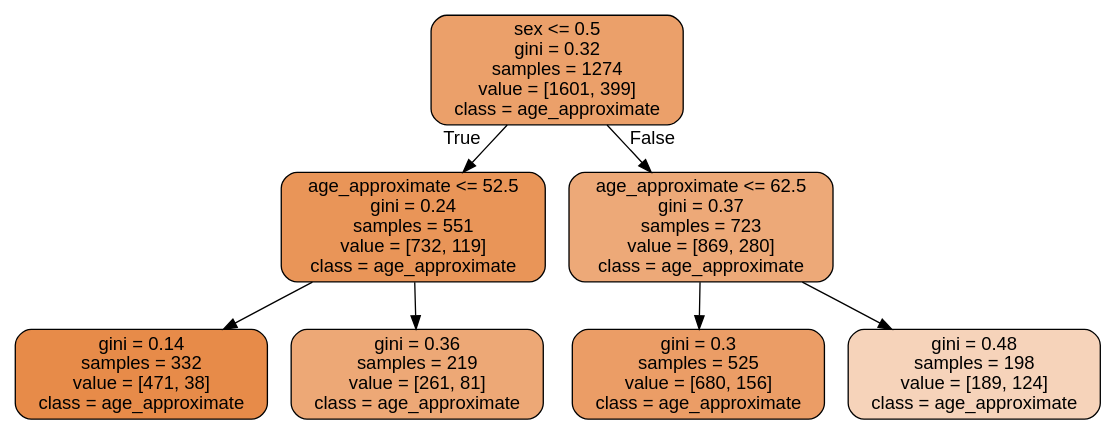
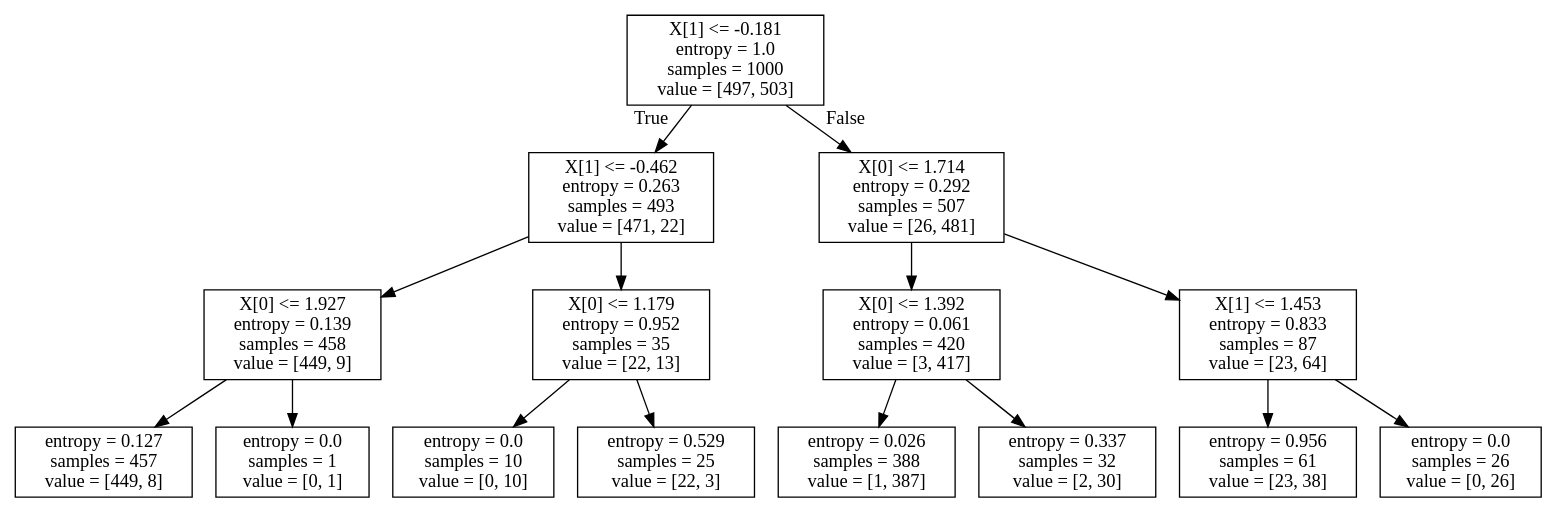
One commit to mmehedin/derma_diagnosis changed the diagram in tree.dot. Above: the diagram before and after it, drawn with Graphviz. The commit also changed 5 other files, not shown here.

```diff
--- a/tree.dot
+++ b/tree.dot
@@ -1,17 +1,32 @@
 digraph Tree {
-node [shape=box, style="filled, rounded", color="black", fontname=helvetica] ;
-edge [fontname=helvetica] ;
-0 [label="sex <= 0.5\ngini = 0.32\nsamples = 1274\nvalue = [1601, 399]\nclass = age_approximate", fillcolor="#e58139bf"] ;
-1 [label="age_approximate <= 52.5\ngini = 0.24\nsamples = 551\nvalue = [732, 119]\nclass = age_approximate", fillcolor="#e58139d6"] ;
+node [shape=box] ;
+0 [label="X[1] <= -0.181\nentropy = 1.0\nsamples = 1000\nvalue = [497, 503]"] ;
+1 [label="X[1] <= -0.462\nentropy = 0.263\nsamples = 493\nvalue = [471, 22]"] ;
 0 -> 1 [labeldistance=2.5, labelangle=45, headlabel="True"] ;
-2 [label="gini = 0.14\nsamples = 332\nvalue = [471, 38]\nclass = age_approximate", fillcolor="#e58139ea"] ;
+2 [label="X[0] <= 1.927\nentropy = 0.139\nsamples = 458\nvalue = [449, 9]"] ;
 1 -> 2 ;
-3 [label="gini = 0.36\nsamples = 219\nvalue = [261, 81]\nclass = age_approximate", fillcolor="#e58139b0"] ;
-1 -> 3 ;
-4 [label="age_approximate <= 62.5\ngini = 0.37\nsamples = 723\nvalue = [869, 280]\nclass = age_approximate", fillcolor="#e58139ad"] ;
-0 -> 4 [labeldistance=2.5, labelangle=-45, headlabel="False"] ;
-5 [label="gini = 0.3\nsamples = 525\nvalue = [680, 156]\nclass = age_approximate", fillcolor="#e58139c5"] ;
-4 -> 5 ;
-6 [label="gini = 0.48\nsamples = 198\nvalue = [189, 124]\nclass = age_approximate", fillcolor="#e5813958"] ;
-4 -> 6 ;
+3 [label="entropy = 0.127\nsamples = 457\nvalue = [449, 8]"] ;
+2 -> 3 ;
+4 [label="entropy = 0.0\nsamples = 1\nvalue = [0, 1]"] ;
+2 -> 4 ;
+5 [label="X[0] <= 1.179\nentropy = 0.952\nsamples = 35\nvalue = [22, 13]"] ;
+1 -> 5 ;
+6 [label="entropy = 0.0\nsamples = 10\nvalue = [0, 10]"] ;
+5 -> 6 ;
+7 [label="entropy = 0.529\nsamples = 25\nvalue = [22, 3]"] ;
+5 -> 7 ;
+8 [label="X[0] <= 1.714\nentropy = 0.292\nsamples = 507\nvalue = [26, 481]"] ;
+0 -> 8 [labeldistance=2.5, labelangle=-45, headlabel="False"] ;
+9 [label="X[0] <= 1.392\nentropy = 0.061\nsamples = 420\nvalue = [3, 417]"] ;
+8 -> 9 ;
+10 [label="entropy = 0.026\nsamples = 388\nvalue = [1, 387]"] ;
+9 -> 10 ;
+11 [label="entropy = 0.337\nsamples = 32\nvalue = [2, 30]"] ;
+9 -> 11 ;
+12 [label="X[1] <= 1.453\nentropy = 0.833\nsamples = 87\nvalue = [23, 64]"] ;
+8 -> 12 ;
+13 [label="entropy = 0.956\nsamples = 61\nvalue = [23, 38]"] ;
+12 -> 13 ;
+14 [label="entropy = 0.0\nsamples = 26\nvalue = [0, 26]"] ;
+12 -> 14 ;
 }
```
